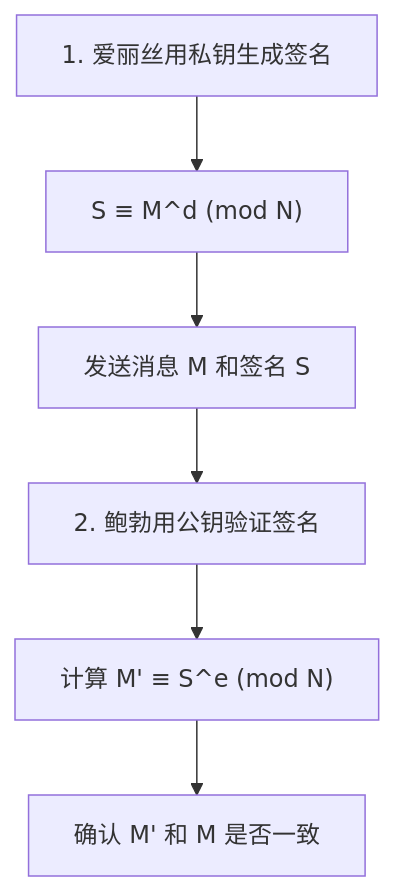
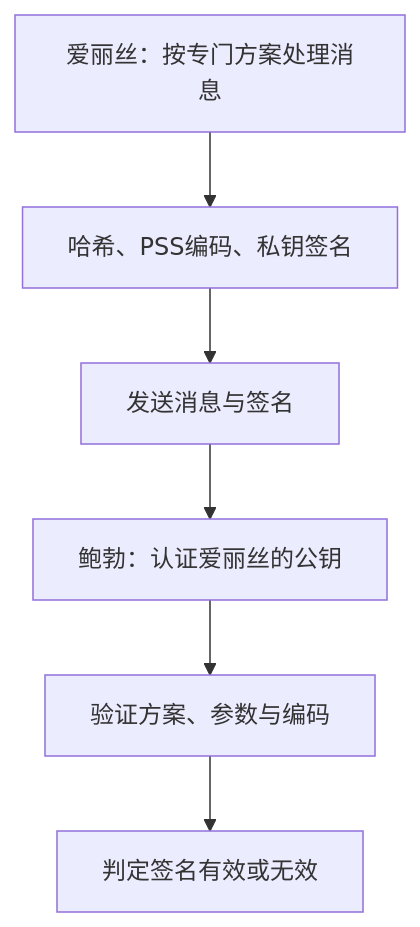
Before and after one commit to kenjinote/blog: the third of 3 diagrams in content/post/rsa暗号の仕組みを高校生でもわかるように説明する/index.zh-cn.md, drawn with Mermaid. The commit also changed other lines of this file and 5 other files, not shown here.

````diff
--- a/content/post/rsa暗号の仕組みを高校生でもわかるように説明する/index.zh-cn.md
+++ b/content/post/rsa暗号の仕組みを高校生でもわかるように説明する/index.zh-cn.md
@@ -291,9 +169,8 @@
 ```mermaid
 flowchart TD
-    A1["1. 爱丽丝用私钥生成签名"] --> A2["S ≡ M^d (mod N)"]
-    A2 --> A3["发送消息 M 和签名 S"]
-    
-    A3 --> B1["2. 鲍勃用公钥验证签名"]
-    B1 --> B2["计算 M' ≡ S^e (mod N)"]
-    B2 --> B3["确认 M' 和 M 是否一致"]
+    A1["爱丽丝：按专门方案处理消息"] --> A2["哈希、PSS编码、私钥签名"]
+    A2 --> A3["发送消息与签名"]
+    A3 --> B1["鲍勃：认证爱丽丝的公钥"]
+    B1 --> B2["验证方案、参数与编码"]
+    B2 --> B3["判定签名有效或无效"]
 ```
````
